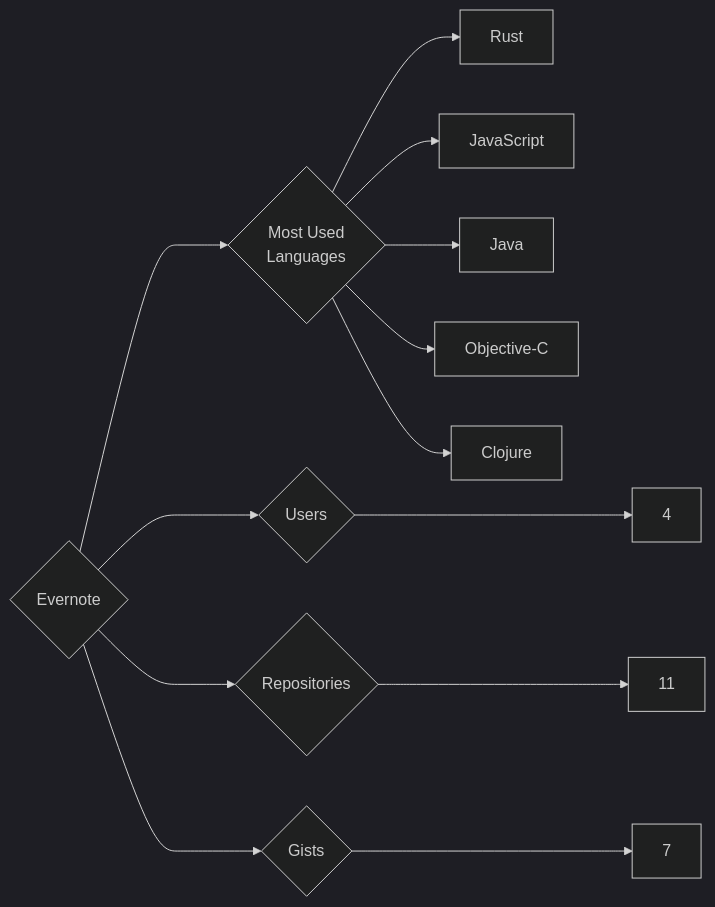
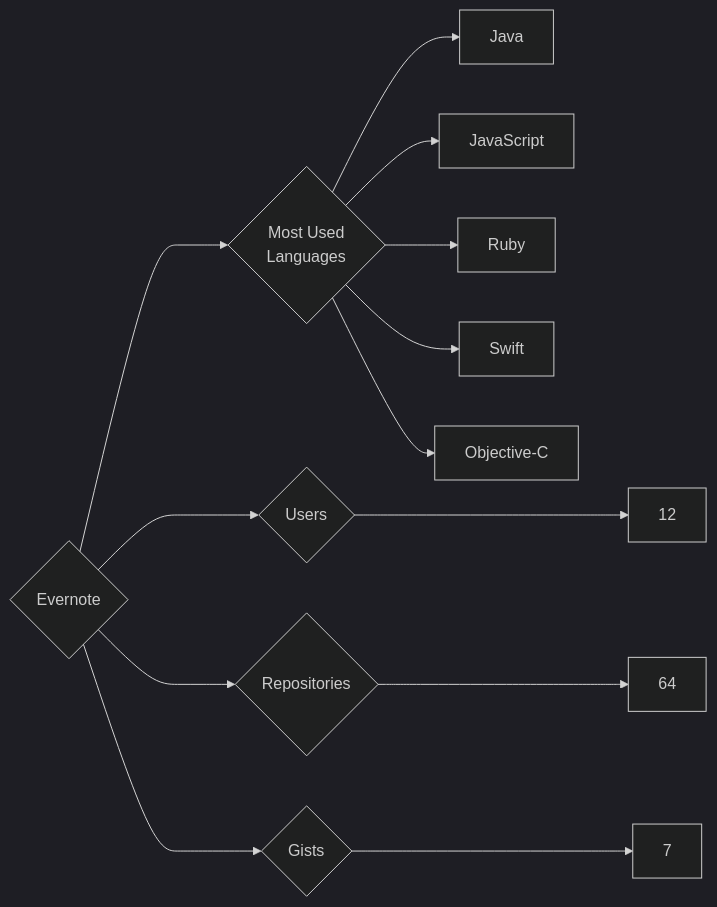
The diagram in targets/Evernote/README.md (trickest/insiders), drawn with Mermaid (dark theme) before and after one commit. The commit also changed 1020 other files, not shown here.

````diff
--- a/targets/Evernote/README.md
+++ b/targets/Evernote/README.md
@@ -3,13 +3,13 @@
 ```mermaid
 graph LR
 COMPANY_NAME{Evernote}
-COMPANY_NAME ---> U{Users} ---> UN[4]
-COMPANY_NAME ---> R{Repositories} ---> RN[11]
+COMPANY_NAME ---> U{Users} ---> UN[12]
+COMPANY_NAME ---> R{Repositories} ---> RN[64]
 COMPANY_NAME ---> G{Gists} ---> GN[7]
 COMPANY_NAME ---> ML{Most Used<br>Languages}
-ML --> Rust[Rust]
+ML --> Java[Java]
 ML --> JavaScript[JavaScript]
-ML --> Java[Java]
+ML --> Ruby[Ruby]
+ML --> Swift[Swift]
 ML --> Objective-C[Objective-C]
-ML --> Clojure[Clojure]
 ```
````
